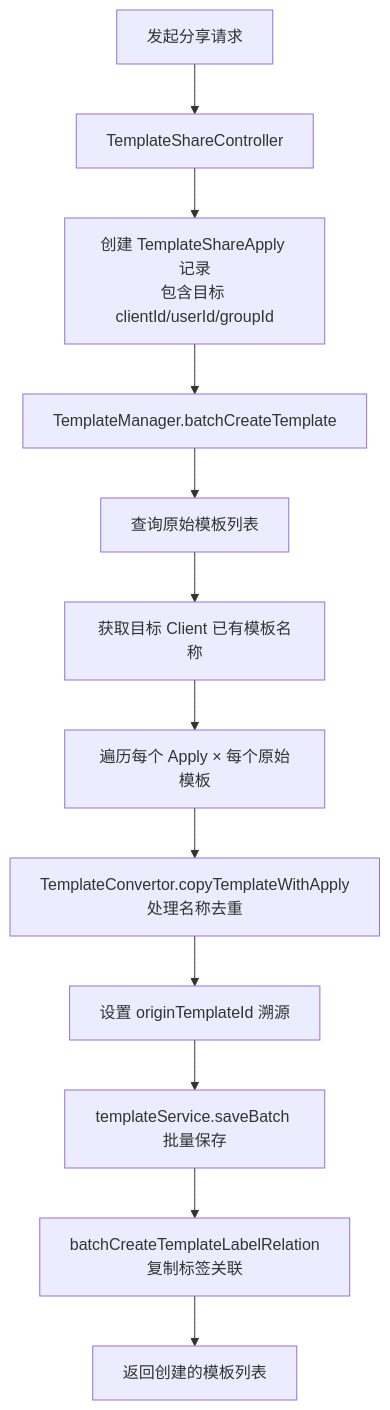
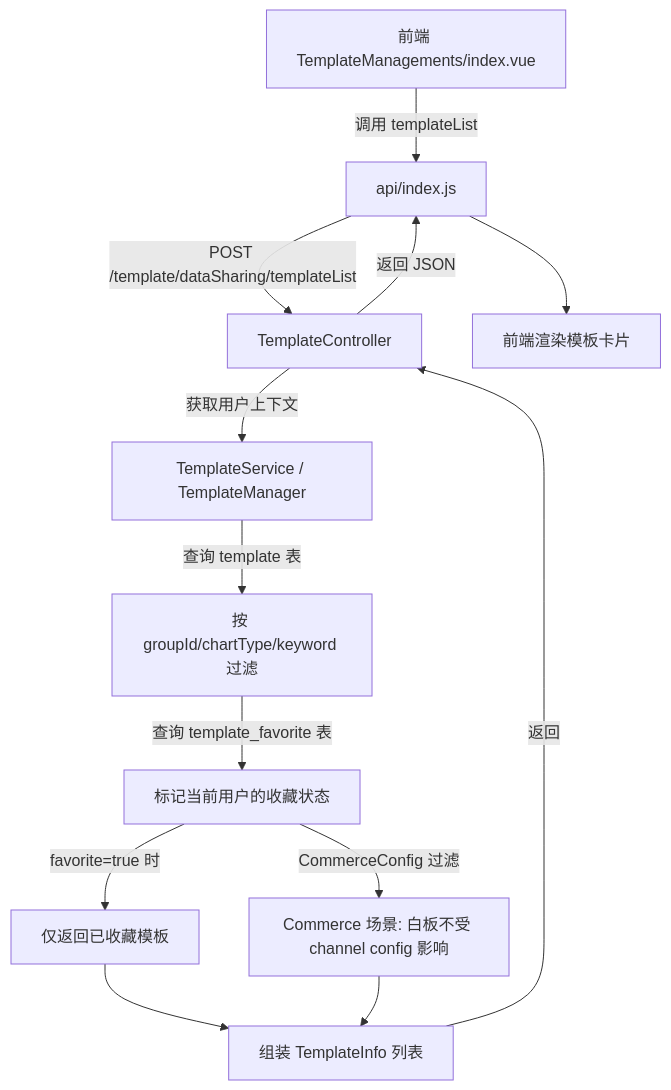
One commit to suoweiwei-pacvue/document-automation changed the fifth of 6 diagrams in output/02-template.md. Above: the diagram before and after it, drawn with Mermaid. The commit also changed other lines of this file and 55 other files, not shown here.

````diff
--- a/output/02-template.md
+++ b/output/02-template.md
@@ -445,14 +670,15 @@
 ```mermaid
 flowchart TD
-    A[发起分享请求] --> B[TemplateShareController]
-    B --> C[创建 TemplateShareApply 记录<br/>包含目标 clientId/userId/groupId]
-    C --> D[TemplateManager.batchCreateTemplate]
-    D --> E[查询原始模板列表]
-    E --> F[获取目标 Client 已有模板名称]
-    F --> G[遍历每个 Apply × 每个原始模板]
-    G --> H[TemplateConvertor.copyTemplateWithApply<br/>处理名称去重]
-    H --> I[设置 originTemplateId 溯源]
-    I --> J[templateService.saveBatch 批量保存]
-    J --> K[batchCreateTemplateLabelRelation<br/>复制标签关联]
-    K --> L[返回创建的模板列表]
+    A[前端 TemplateManagements/index.vue] -->|调用 templateList| B[api/index.js]
+    B -->|POST /template/dataSharing/templateList| C[TemplateController]
+    C -->|获取用户上下文| D[TemplateService / TemplateManager]
+    D -->|查询 template 表| E[按 groupId/chartType/keyword 过滤]
+    E -->|查询 template_favorite 表| F[标记当前用户的收藏状态]
+    F -->|favorite=true 时| G[仅返回已收藏模板]
+    F -->|CommerceConfig 过滤| H[Commerce 场景: 白板不受 channel config 影响]
+    G --> I[组装 TemplateInfo 列表]
+    H --> I
+    I -->|返回| C
+    C -->|返回 JSON| B
+    B --> J[前端渲染模板卡片]
 ```
````
